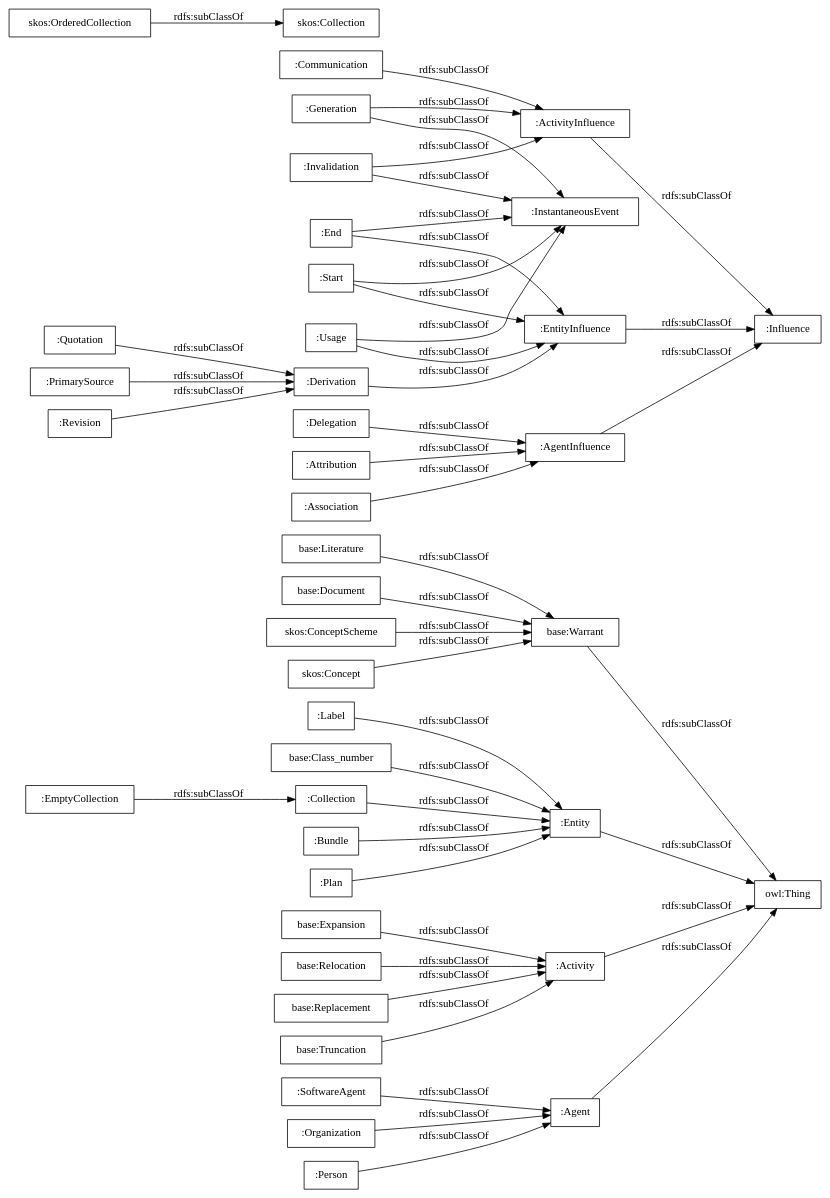
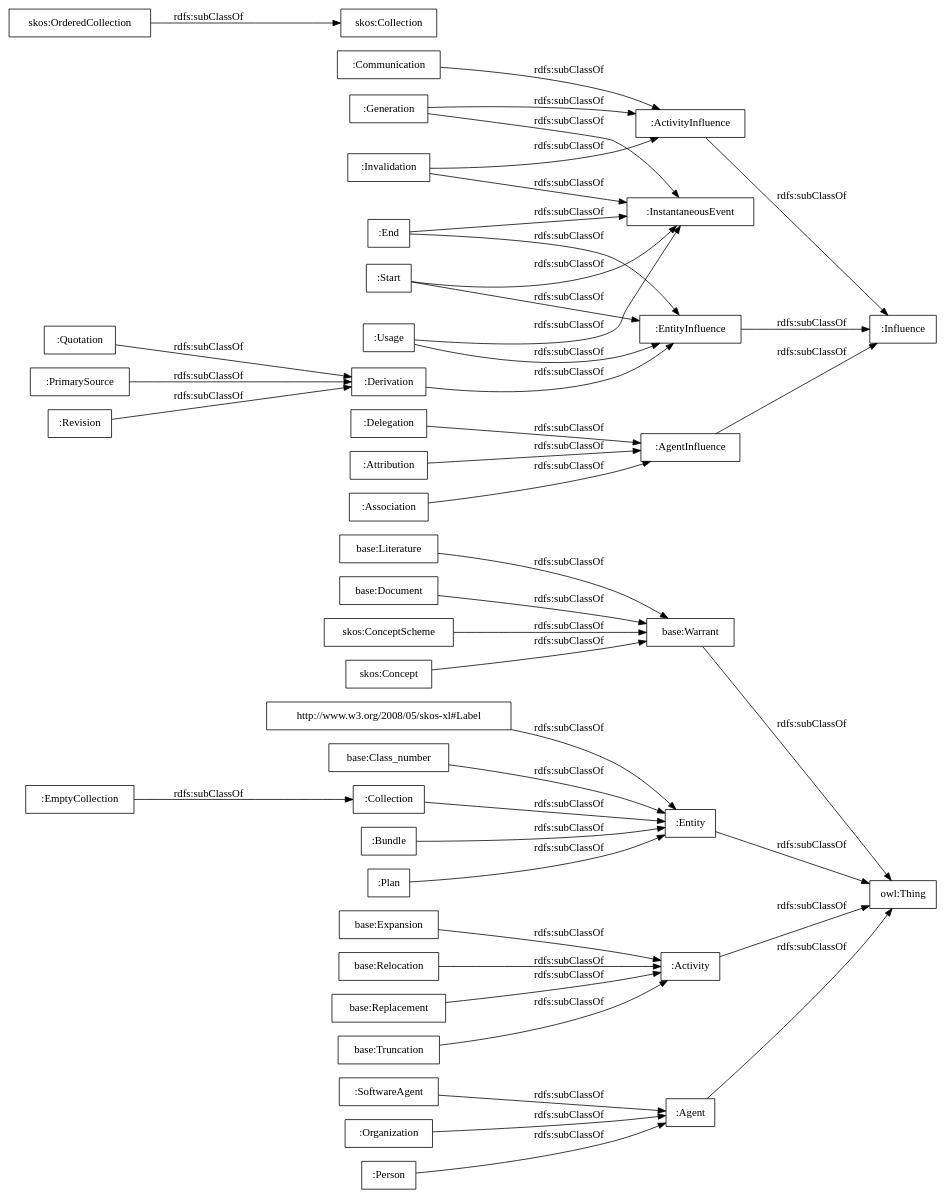
The diagram in OnToology/ProvKOS-FINAL.ttl/diagrams/ar2dtool-taxonomy/ProvKOS-FINAL.ttl.png.dot (ProvKOS/Ontology), drawn with Graphviz before and after one commit. The commit also changed 11 other files, not shown here.

```diff
--- a/OnToology/ProvKOS-FINAL.ttl/diagrams/ar2dtool-taxonomy/ProvKOS-FINAL.ttl.png.dot
+++ b/OnToology/ProvKOS-FINAL.ttl/diagrams/ar2dtool-taxonomy/ProvKOS-FINAL.ttl.png.dot
@@ -1,49 +1,49 @@
 digraph ar2dtool_diagram { 
 rankdir=LR;
 size="1000"
-node [shape = rectangle, color="black"]; ":Agent" "base:Warrant" "base:Expansion" "base:Relocation" ":SoftwareAgent" "base:Replacement" "base:Literature" "base:Truncation" ":Organization" ":Entity" "base:Document" ":Label" ":Activity" "base:Class_number" ":Person" ":Influence" ":End" ":Derivation" ":Quotation" ":Collection" ":InstantaneousEvent" ":Delegation" ":Invalidation" ":Bundle" ":Usage" ":Attribution" ":PrimarySource" "owl:Thing" ":ActivityInfluence" ":EmptyCollection" ":Revision" ":Communication" ":Association" ":Start" ":Plan" ":EntityInfluence" ":AgentInfluence" ":Generation" "skos:OrderedCollection" "skos:Collection" "skos:ConceptScheme" "skos:Concept" ; /*classes style*/
+node [shape = rectangle, color="black"]; ":Agent" "base:Warrant" "base:Expansion" "base:Relocation" ":SoftwareAgent" "base:Replacement" "base:Literature" "base:Truncation" ":Organization" ":Entity" "base:Document" "http://www.w3.org/2008/05/skos-xl#Label" ":Activity" "base:Class_number" ":Person" ":Influence" ":End" ":Derivation" ":Quotation" ":Collection" ":InstantaneousEvent" ":Delegation" ":Invalidation" ":Bundle" ":Usage" ":Attribution" ":PrimarySource" "owl:Thing" ":ActivityInfluence" ":EmptyCollection" ":Revision" ":Communication" ":Association" ":Start" ":Plan" ":EntityInfluence" ":AgentInfluence" ":Generation" "skos:OrderedCollection" "skos:Collection" "skos:ConceptScheme" "skos:Concept" ; /*classes style*/
 	":Revision" -> ":Derivation" [ label = "rdfs:subClassOf" ];
 	"skos:Concept" -> "base:Warrant" [ label = "rdfs:subClassOf" ];
 	":Association" -> ":AgentInfluence" [ label = "rdfs:subClassOf" ];
 	"base:Literature" -> "base:Warrant" [ label = "rdfs:subClassOf" ];
 	":EmptyCollection" -> ":Collection" [ label = "rdfs:subClassOf" ];
 	":Derivation" -> ":EntityInfluence" [ label = "rdfs:subClassOf" ];
 	":Plan" -> ":Entity" [ label = "rdfs:subClassOf" ];
 	"skos:ConceptScheme" -> "base:Warrant" [ label = "rdfs:subClassOf" ];
 	":Attribution" -> ":AgentInfluence" [ label = "rdfs:subClassOf" ];
 	"base:Relocation" -> ":Activity" [ label = "rdfs:subClassOf" ];
 	":Bundle" -> ":Entity" [ label = "rdfs:subClassOf" ];
 	":Communication" -> ":ActivityInfluence" [ label = "rdfs:subClassOf" ];
 	":EntityInfluence" -> ":Influence" [ label = "rdfs:subClassOf" ];
 	"base:Expansion" -> ":Activity" [ label = "rdfs:subClassOf" ];
 	"base:Class_number" -> ":Entity" [ label = "rdfs:subClassOf" ];
 	":PrimarySource" -> ":Derivation" [ label = "rdfs:subClassOf" ];
 	":SoftwareAgent" -> ":Agent" [ label = "rdfs:subClassOf" ];
 	":Person" -> ":Agent" [ label = "rdfs:subClassOf" ];
 	"base:Replacement" -> ":Activity" [ label = "rdfs:subClassOf" ];
 	"base:Document" -> "base:Warrant" [ label = "rdfs:subClassOf" ];
 	":Start" -> ":EntityInfluence" [ label = "rdfs:subClassOf" ];
 	":Start" -> ":InstantaneousEvent" [ label = "rdfs:subClassOf" ];
 	":Usage" -> ":InstantaneousEvent" [ label = "rdfs:subClassOf" ];
 	":Usage" -> ":EntityInfluence" [ label = "rdfs:subClassOf" ];
 	":Invalidation" -> ":ActivityInfluence" [ label = "rdfs:subClassOf" ];
 	":Invalidation" -> ":InstantaneousEvent" [ label = "rdfs:subClassOf" ];
 	":Generation" -> ":ActivityInfluence" [ label = "rdfs:subClassOf" ];
 	":Generation" -> ":InstantaneousEvent" [ label = "rdfs:subClassOf" ];
 	":AgentInfluence" -> ":Influence" [ label = "rdfs:subClassOf" ];
 	"skos:OrderedCollection" -> "skos:Collection" [ label = "rdfs:subClassOf" ];
 	":Entity" -> "owl:Thing" [ label = "rdfs:subClassOf" ];
 	":Quotation" -> ":Derivation" [ label = "rdfs:subClassOf" ];
 	":Collection" -> ":Entity" [ label = "rdfs:subClassOf" ];
 	":Agent" -> "owl:Thing" [ label = "rdfs:subClassOf" ];
 	"base:Truncation" -> ":Activity" [ label = "rdfs:subClassOf" ];
-	":Label" -> ":Entity" [ label = "rdfs:subClassOf" ];
+	"http://www.w3.org/2008/05/skos-xl#Label" -> ":Entity" [ label = "rdfs:subClassOf" ];
 	":Activity" -> "owl:Thing" [ label = "rdfs:subClassOf" ];
 	":Organization" -> ":Agent" [ label = "rdfs:subClassOf" ];
 	":End" -> ":EntityInfluence" [ label = "rdfs:subClassOf" ];
 	":End" -> ":InstantaneousEvent" [ label = "rdfs:subClassOf" ];
 	"base:Warrant" -> "owl:Thing" [ label = "rdfs:subClassOf" ];
 	":ActivityInfluence" -> ":Influence" [ label = "rdfs:subClassOf" ];
 	":Delegation" -> ":AgentInfluence" [ label = "rdfs:subClassOf" ];
 
 }
```
